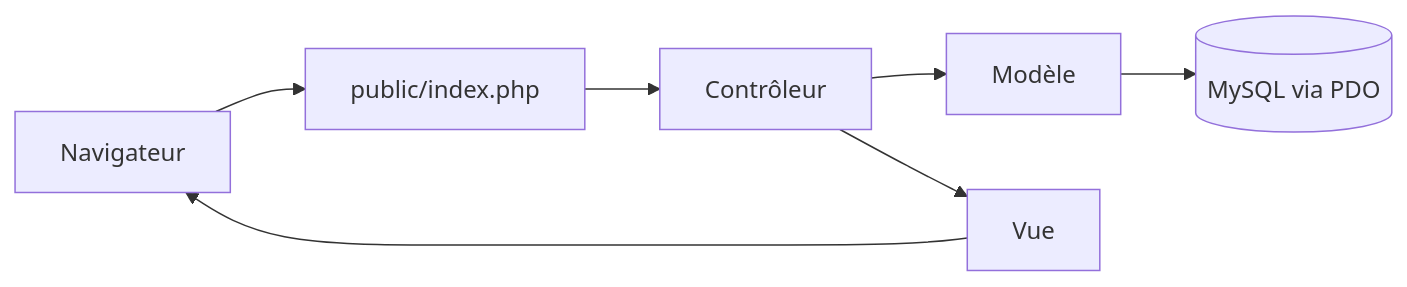
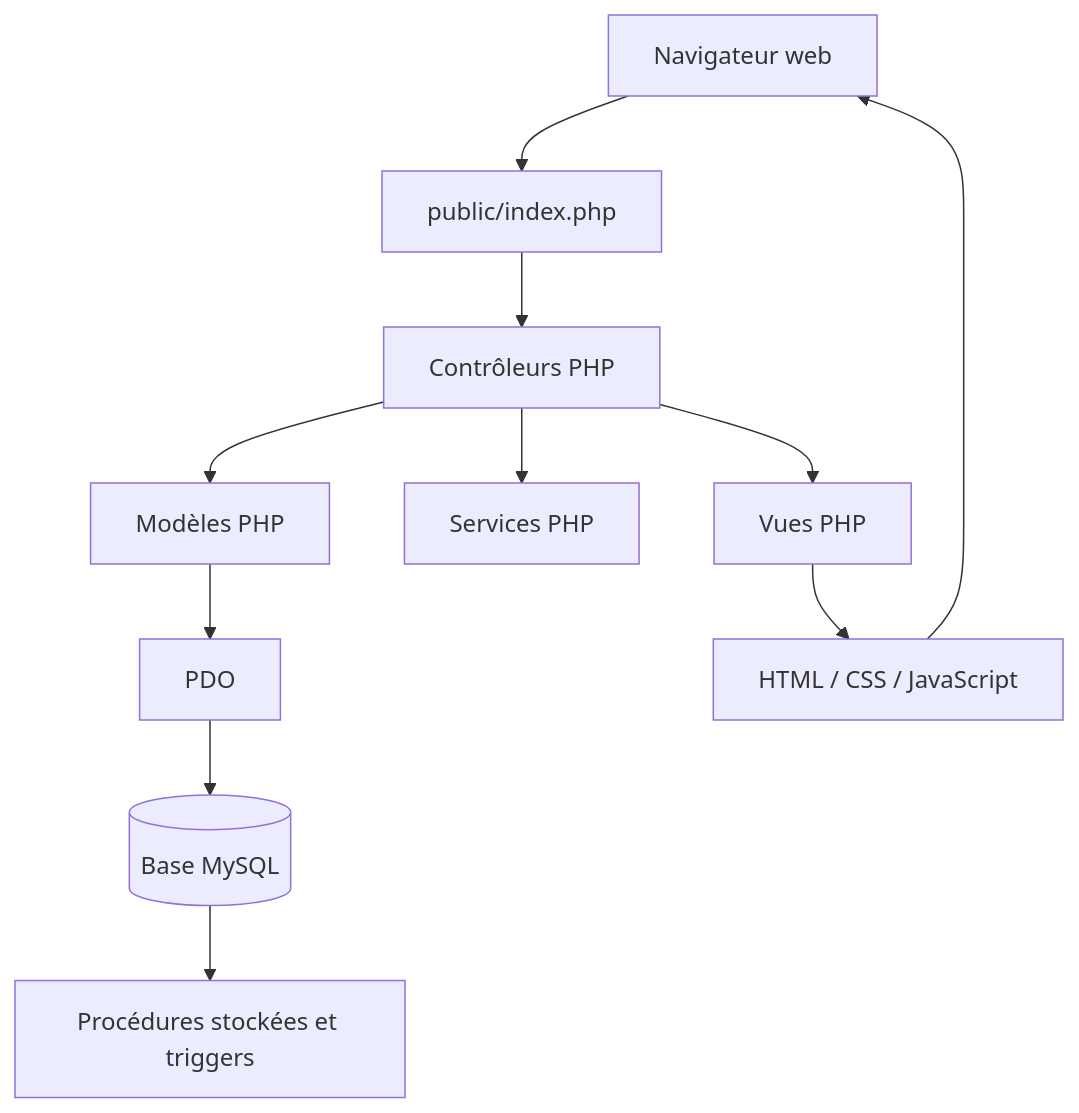
One commit to meriemguenenna/HeRV- changed the first of 2 diagrams in README.md. Above: the diagram before and after it, drawn with Mermaid. The commit also changed other lines of this file and 37 other files, not shown here.

````diff
--- a/README.md
+++ b/README.md
@@ -72,9 +212,17 @@
 ```mermaid
-flowchart LR
-    A[Navigateur] --> B[public/index.php]
-    B --> C[Contrôleur]
-    C --> D[Modèle]
-    D --> E[(MySQL via PDO)]
-    C --> F[Vue]
-    F --> A
+flowchart TD
+    A["Navigateur web"] --> B["public/index.php"]
+    B --> C["Contrôleurs PHP"]
+
+    C --> D["Modèles PHP"]
+    D --> E["PDO"]
+    E --> F[("Base MySQL")]
+
+    C --> G["Services PHP"]
+    C --> H["Vues PHP"]
+
+    H --> I["HTML / CSS / JavaScript"]
+    I --> A
+
+    F --> J["Procédures stockées et triggers"]
 ```
````
